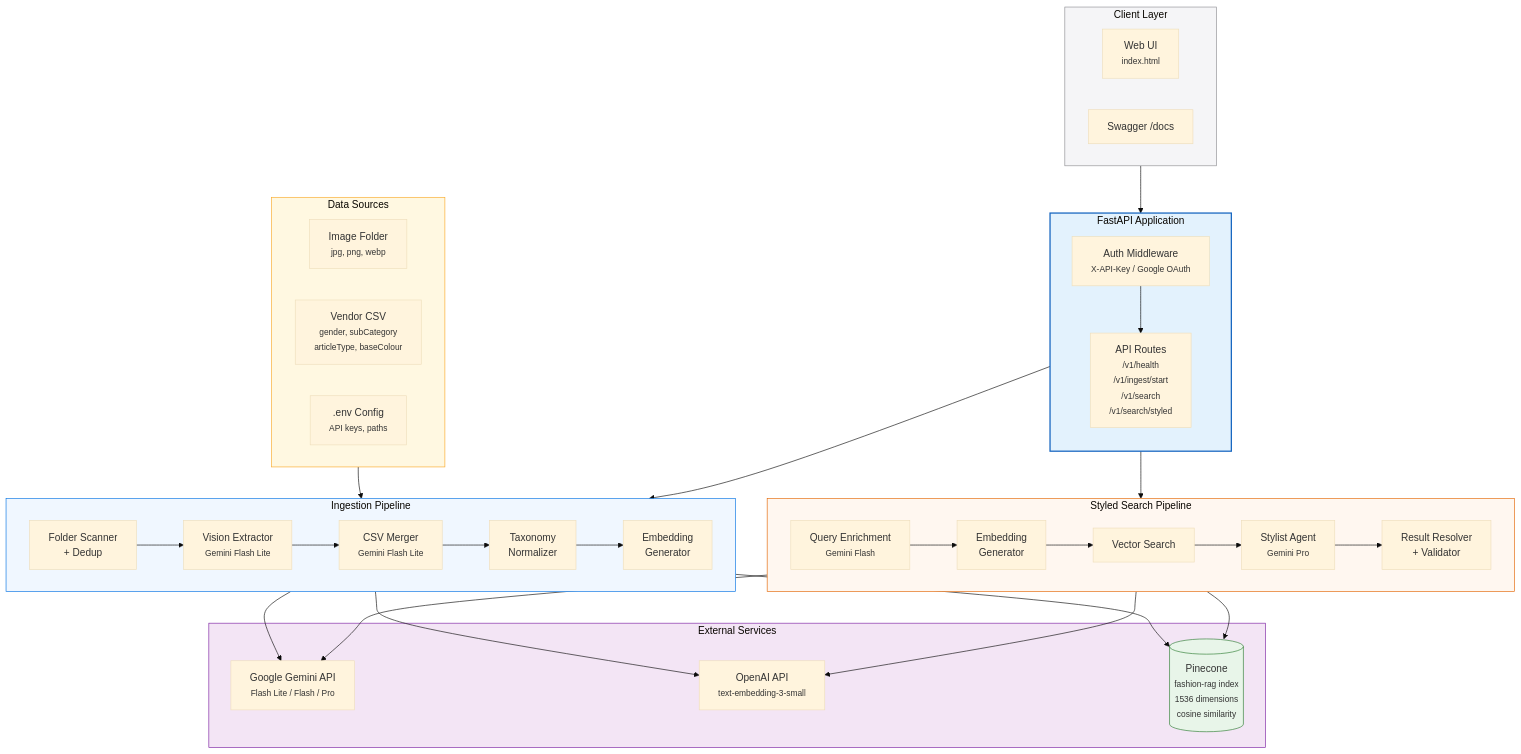
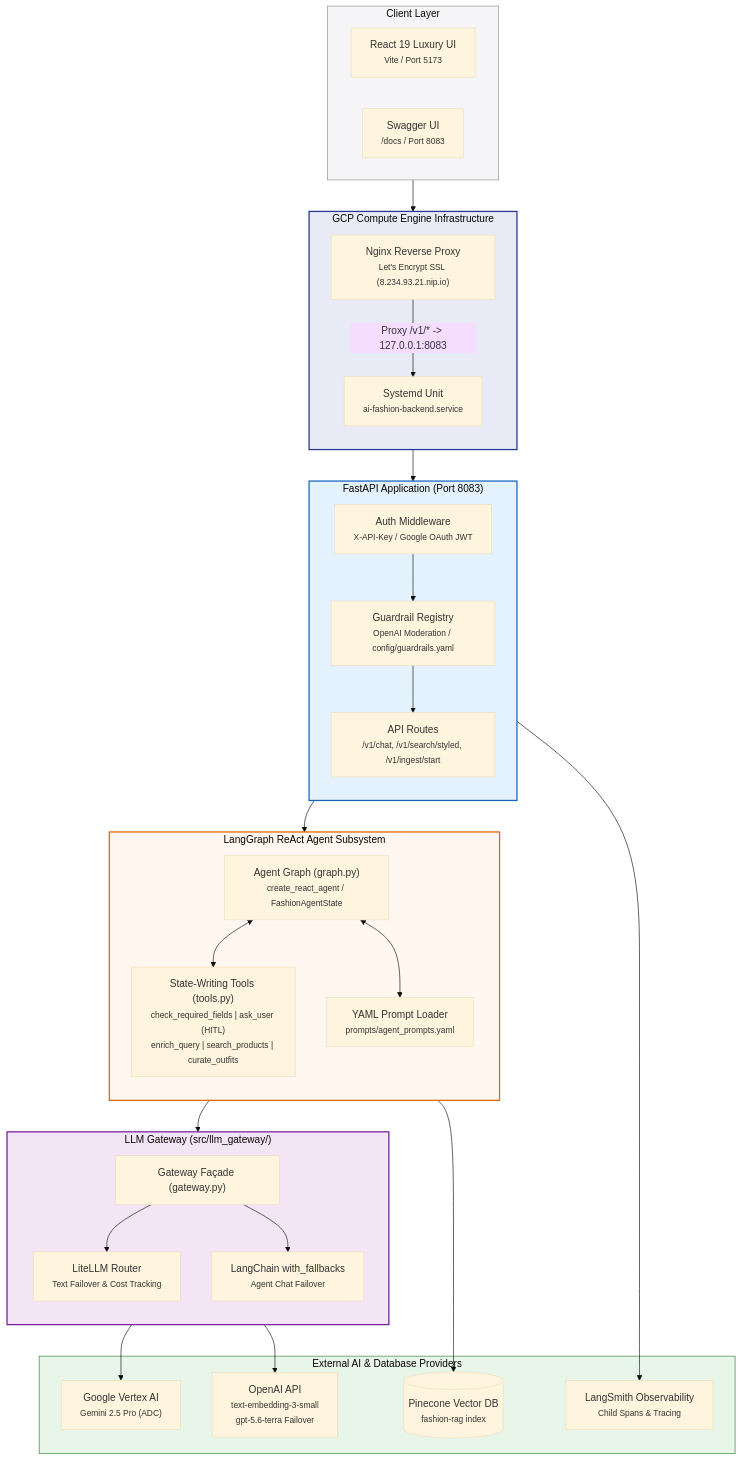
Before and after one commit to jamil225/ai-fasion-designer: the second of 5 diagrams in docs/diagrams.md, drawn with Mermaid (base theme). The commit also changed other lines of this file and 26 other files, not shown here.

Commit message:
docs(ui): update readme, architecture documentation, and luxury UI look

````diff
--- a/docs/diagrams.md
+++ b/docs/diagrams.md
@@ -50,65 +70,63 @@
 ```mermaid
 flowchart TB
     subgraph CLIENT["Client Layer"]
-        UI["Web UI<br/><small>index.html</small>"]
-        SWAGGER["Swagger /docs"]
+        UI["React 19 Luxury UI<br/><small>Vite / Port 5173</small>"]
+        SWAGGER["Swagger UI<br/><small>/docs / Port 8083</small>"]
     end
 
-    subgraph API["FastAPI Application"]
+    subgraph INFRA["GCP Compute Engine Infrastructure"]
         direction TB
-        AUTH["Auth Middleware<br/><small>X-API-Key / Google OAuth</small>"]
-        ROUTES["API Routes<br/><small>/v1/health<br/>/v1/ingest/start<br/>/v1/search<br/>/v1/search/styled</small>"]
-        AUTH --> ROUTES
+        NGINX["Nginx Reverse Proxy<br/><small>Let's Encrypt SSL (8.234.93.21.nip.io)</small>"]
+        SYSTEMD["Systemd Unit<br/><small>ai-fashion-backend.service</small>"]
+        NGINX -->|Proxy /v1/* -> 127.0.0.1:8083| SYSTEMD
     end
 
-    subgraph INGEST_PIPE["Ingestion Pipeline"]
-        direction LR
-        SCAN["Folder Scanner<br/>+ Dedup"]
-        VISION["Vision Extractor<br/><small>Gemini Flash Lite</small>"]
-        MERGE["CSV Merger<br/><small>Gemini Flash Lite</small>"]
-        TAXO["Taxonomy<br/>Normalizer"]
-        EMBED_I["Embedding<br/>Generator"]
-        SCAN --> VISION --> MERGE --> TAXO --> EMBED_I
+    subgraph APP["FastAPI Application (Port 8083)"]
+        direction TB
+        AUTH["Auth Middleware<br/><small>X-API-Key / Google OAuth JWT</small>"]
+        GUARD_MGR["Guardrail Registry<br/><small>OpenAI Moderation / config/guardrails.yaml</small>"]
+        ROUTES["API Routes<br/><small>/v1/chat, /v1/search/styled, /v1/ingest/start</small>"]
+        AUTH --> GUARD_MGR --> ROUTES
     end
 
-    subgraph SEARCH_PIPE["Styled Search Pipeline"]
-        direction LR
-        ENRICH["Query Enrichment<br/><small>Gemini Flash</small>"]
-        EMBED_S["Embedding<br/>Generator"]
-        VECTOR["Vector Search"]
-        STYLIST["Stylist Agent<br/><small>Gemini Pro</small>"]
-        RESOLVE["Result Resolver<br/>+ Validator"]
-        ENRICH --> EMBED_S --> VECTOR --> STYLIST --> RESOLVE
+    subgraph AGENT_ENGINE["LangGraph ReAct Agent Subsystem"]
+        direction TB
+        GRAPH["Agent Graph (graph.py)<br/><small>create_react_agent / FashionAgentState</small>"]
+        TOOLS["State-Writing Tools (tools.py)<br/><small>check_required_fields | ask_user (HITL)<br/>enrich_query | search_products | curate_outfits</small>"]
+        PROMPTS["YAML Prompt Loader<br/><small>prompts/agent_prompts.yaml</small>"]
+        GRAPH <--> TOOLS
+        GRAPH <--> PROMPTS
     end
 
-    subgraph EXTERNAL["External Services"]
-        GEMINI["Google Gemini API<br/><small>Flash Lite / Flash / Pro</small>"]
-        OPENAI["OpenAI API<br/><small>text-embedding-3-small</small>"]
-        PINE[("Pinecone<br/><small>fashion-rag index<br/>1536 dimensions<br/>cosine similarity</small>")]
+    subgraph LLM_GATEWAY["LLM Gateway (src/llm_gateway/)"]
+        direction TB
+        FACADE["Gateway Façade (gateway.py)"]
+        ROUTER["LiteLLM Router<br/><small>Text Failover & Cost Tracking</small>"]
+        FALLBACK["LangChain with_fallbacks<br/><small>Agent Chat Failover</small>"]
+        FACADE --> ROUTER
+        FACADE --> FALLBACK
     end
 
-    subgraph DATA["Data Sources"]
-        IMAGES["Image Folder<br/><small>jpg, png, webp</small>"]
-        CSV["Vendor CSV<br/><small>gender, subCategory<br/>articleType, baseColour</small>"]
-        ENV[".env Config<br/><small>API keys, paths</small>"]
+    subgraph EXTERNAL["External AI & Database Providers"]
+        VERTEX["Google Vertex AI<br/><small>Gemini 2.5 Pro (ADC)</small>"]
+        OPENAI["OpenAI API<br/><small>text-embedding-3-small<br/>gpt-5.6-terra Failover</small>"]
+        PINE[("Pinecone Vector DB<br/><small>fashion-rag index</small>")]
+        LANGSMITH["LangSmith Observability<br/><small>Child Spans & Tracing</small>"]
     end
 
-    CLIENT --> API
-    ROUTES --> INGEST_PIPE
-    ROUTES --> SEARCH_PIPE
-    INGEST_PIPE --> GEMINI
-    INGEST_PIPE --> OPENAI
-    INGEST_PIPE --> PINE
-    SEARCH_PIPE --> GEMINI
-    SEARCH_PIPE --> OPENAI
-    SEARCH_PIPE --> PINE
-    DATA --> INGEST_PIPE
+    CLIENT --> NGINX
+    SYSTEMD --> APP
+    ROUTES --> AGENT_ENGINE
+    AGENT_ENGINE --> LLM_GATEWAY
+    LLM_GATEWAY --> VERTEX
+    LLM_GATEWAY --> OPENAI
+    TOOLS --> PINE
+    APP --> LANGSMITH
 
     style CLIENT fill:#f5f5f7,stroke:#8e8e93
-    style API fill:#e3f2fd,stroke:#1565c0,stroke-width:2px
-    style INGEST_PIPE fill:#f0f7ff,stroke:#0071e3
-    style SEARCH_PIPE fill:#fff7f0,stroke:#e36500
-    style EXTERNAL fill:#f3e5f5,stroke:#7b1fa2
-    style PINE fill:#e8f5e9,stroke:#2e7d32
-    style DATA fill:#fff8e1,stroke:#f9a825
+    style INFRA fill:#e8eaf6,stroke:#283593,stroke-width:2px
+    style APP fill:#e3f2fd,stroke:#1565c0,stroke-width:2px
+    style AGENT_ENGINE fill:#fff7f0,stroke:#e36500,stroke-width:2px
+    style LLM_GATEWAY fill:#f3e5f5,stroke:#7b1fa2,stroke-width:2px
+    style EXTERNAL fill:#e8f5e9,stroke:#2e7d32
 ```
````
